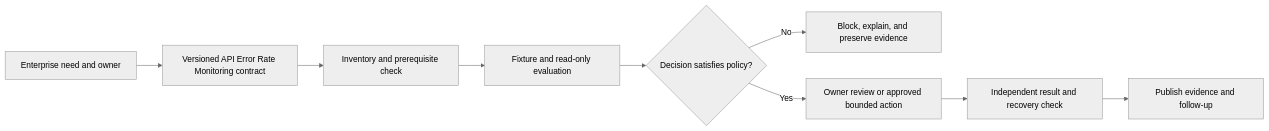
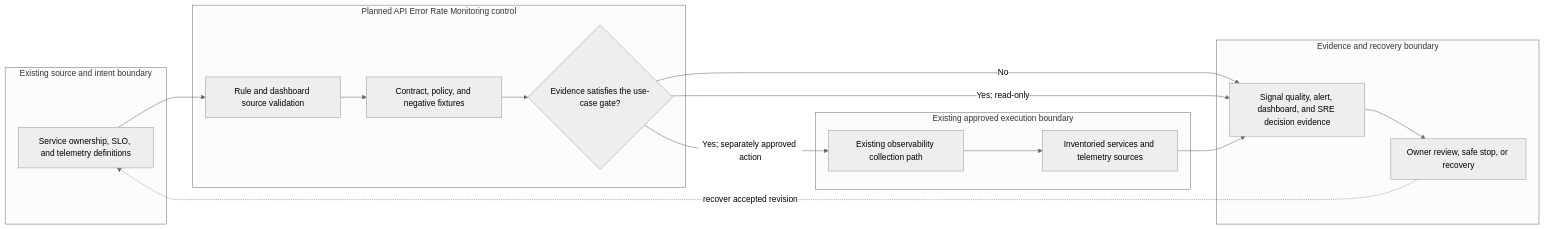
Before and after one commit to MIDHTECH/enterprise-architecture-docs: the diagram in docs/use-cases/observability/UC-OBS-009-api-error-rate-monitoring.md, drawn with Mermaid (neutral theme). The commit also changed other lines of this file and 227 other files, not shown here.

Commit message:
Deepen architecture for all use case designs

````diff
--- a/docs/use-cases/observability/UC-OBS-009-api-error-rate-monitoring.md
+++ b/docs/use-cases/observability/UC-OBS-009-api-error-rate-monitoring.md
@@ -136,11 +129,25 @@
 ```mermaid
 flowchart LR
-    Need["Enterprise need and owner"] --> Contract["Versioned API Error Rate Monitoring contract"]
-    Contract --> Preflight["Inventory and prerequisite check"]
-    Preflight --> Evaluate["Fixture and read-only evaluation"]
-    Evaluate --> Decision{"Decision satisfies policy?"}
-    Decision -->|No| Stop["Block, explain, and preserve evidence"]
-    Decision -->|Yes| Review["Owner review or approved bounded action"]
-    Review --> Verify["Independent result and recovery check"]
-    Verify --> Publish["Publish evidence and follow-up"]
+    subgraph Source["Existing source and intent boundary"]
+        A["Service ownership, SLO, and telemetry definitions"]
+    end
+    subgraph Planned["Planned API Error Rate Monitoring control"]
+        B["Rule and dashboard source validation"]
+        C["Contract, policy, and negative fixtures"]
+        D{"Evidence satisfies the use-case gate?"}
+    end
+    subgraph Runtime["Existing approved execution boundary"]
+        E["Existing observability collection path"]
+        F["Inventoried services and telemetry sources"]
+    end
+    subgraph Assurance["Evidence and recovery boundary"]
+        G["Signal quality, alert, dashboard, and SRE decision evidence"]
+        H["Owner review, safe stop, or recovery"]
+    end
+
+    A --> B --> C --> D
+    D -->|No| G --> H
+    D -->|Yes; read-only| G
+    D -->|Yes; separately approved action| E --> F --> G
+    H -. recover accepted revision .-> A
 ```
````
